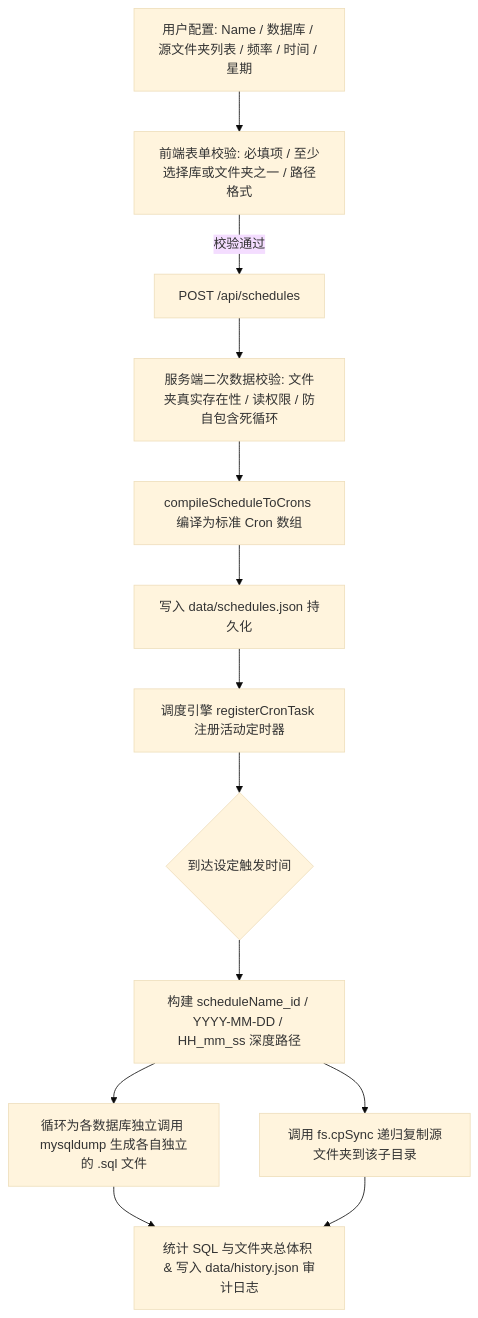
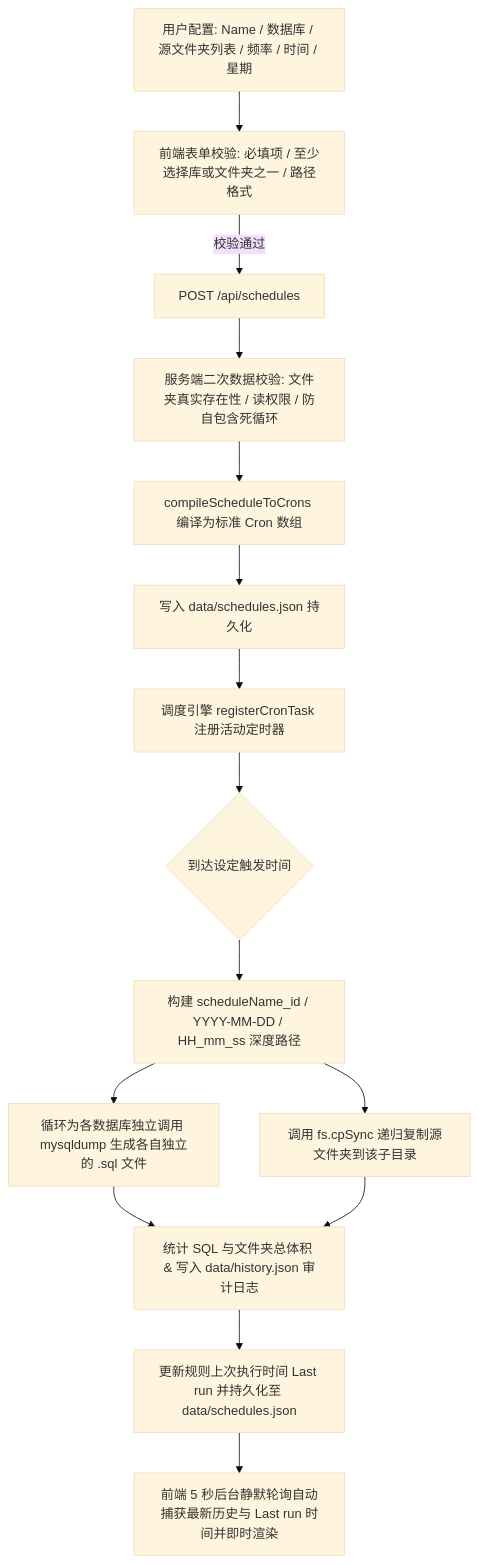
One commit to weiyang0903/autobackup changed the diagram in docs/SCHEDULED_BACKUP.md. Above: the diagram before and after it, drawn with Mermaid (base theme). The commit also changed 4 other files, not shown here.

````diff
--- a/docs/SCHEDULED_BACKUP.md
+++ b/docs/SCHEDULED_BACKUP.md
@@ -50,16 +50,18 @@
 ```mermaid
 flowchart TD
     A[用户配置: Name / 数据库 / 源文件夹列表 / 频率 / 时间 / 星期] --> B[前端表单校验: 必填项 / 至少选择库或文件夹之一 / 路径格式]
     B -- 校验通过 --> C[POST /api/schedules]
     C --> D[服务端二次数据校验: 文件夹真实存在性 / 读权限 / 防自包含死循环]
     D --> E[compileScheduleToCrons 编译为标准 Cron 数组]
     
     E --> G[写入 data/schedules.json 持久化]
     G --> H[调度引擎 registerCronTask 注册活动定时器]
     
     H --> I{到达设定触发时间}
     I --> J[构建 scheduleName_id / YYYY-MM-DD / HH_mm_ss 深度路径]
     J --> K1[循环为各数据库独立调用 mysqldump 生成各自独立的 .sql 文件]
     J --> K2[调用 fs.cpSync 递归复制源文件夹到该子目录]
     K1 & K2 --> L[统计 SQL 与文件夹总体积 & 写入 data/history.json 审计日志]
+    L --> M[更新规则上次执行时间 Last run 并持久化至 data/schedules.json]
+    M --> N[前端 5 秒后台静默轮询自动捕获最新历史与 Last run 时间并即时渲染]
 ```
````
